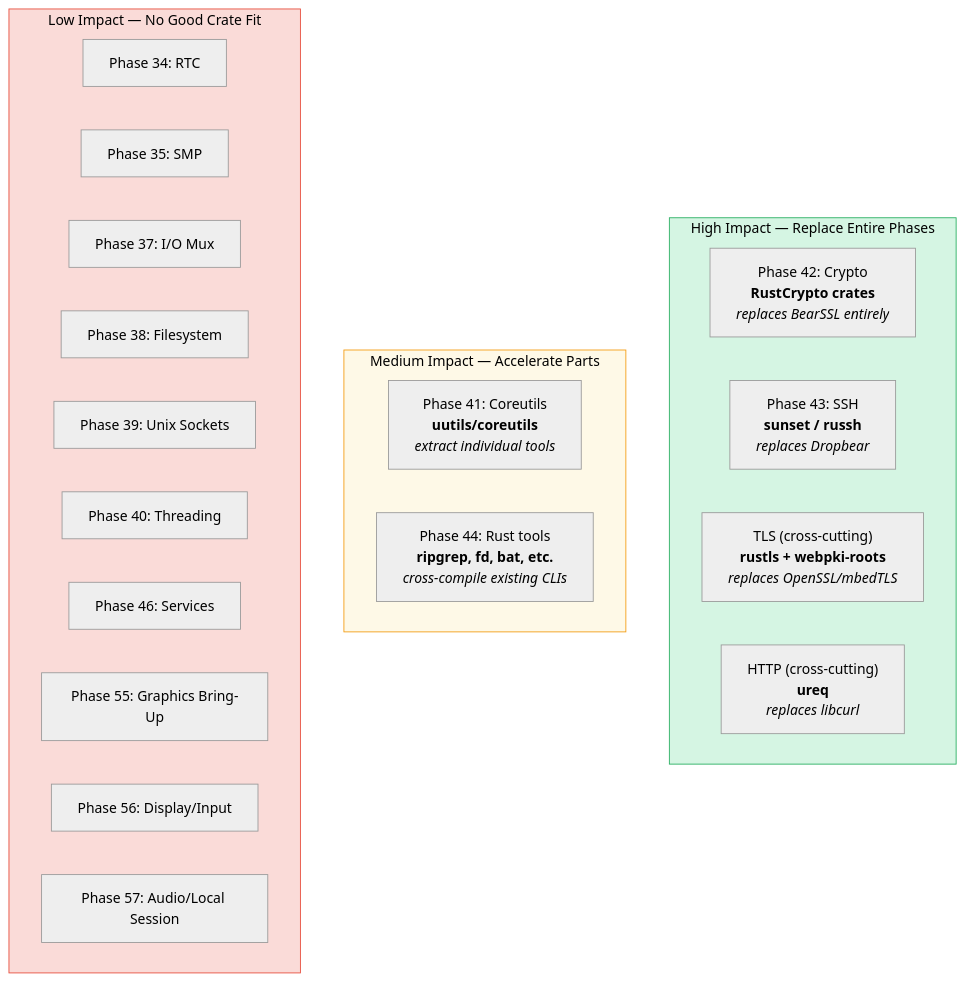
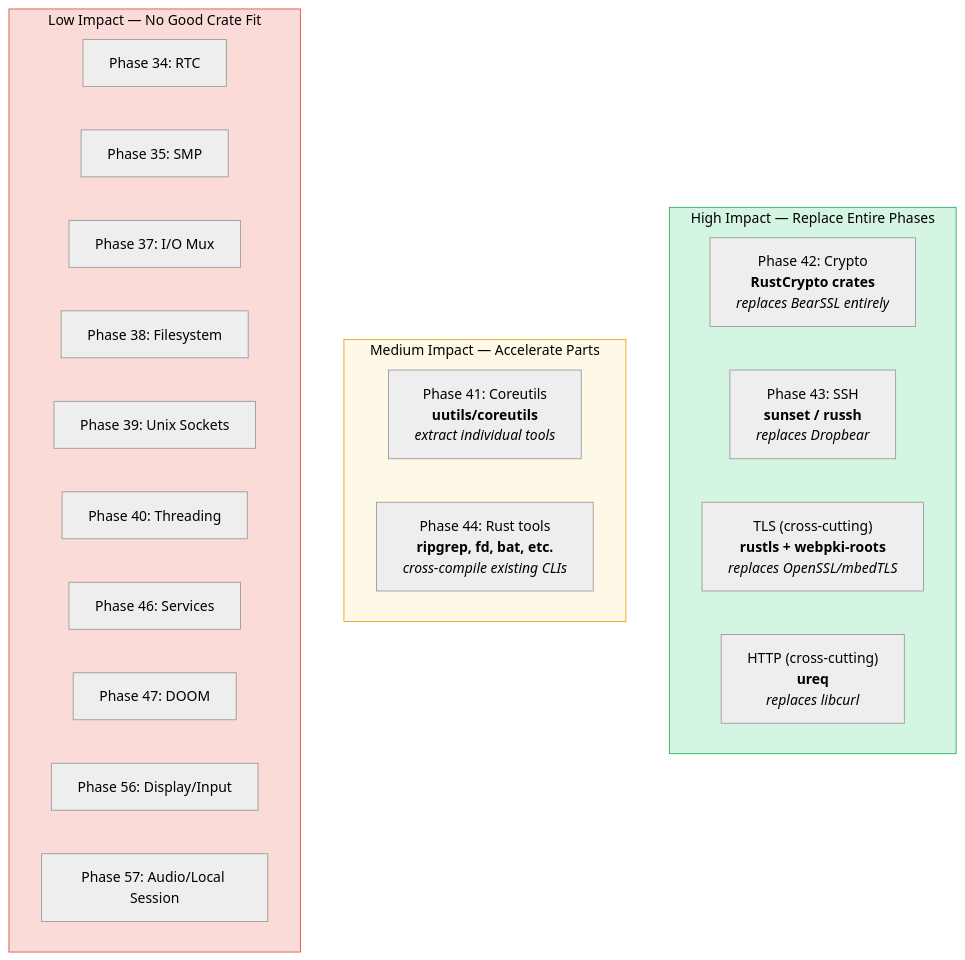
Before and after one commit to mikecubed/m3OS: the first of 5 diagrams in docs/rust-crate-acceleration.md, drawn with Mermaid (neutral theme). The commit also changed other lines of this file and 25 other files, not shown here.

First line of the commit message:
docs: preserve doom as phase 47

````diff
--- a/docs/rust-crate-acceleration.md
+++ b/docs/rust-crate-acceleration.md
@@ -11,31 +11,31 @@
 ```mermaid
 flowchart TD
     subgraph HIGH ["High Impact — Replace Entire Phases"]
         CRYPTO["Phase 42: Crypto<br/><b>RustCrypto crates</b><br/><i>replaces BearSSL entirely</i>"]
         SSH["Phase 43: SSH<br/><b>sunset / russh</b><br/><i>replaces Dropbear</i>"]
         TLS["TLS (cross-cutting)<br/><b>rustls + webpki-roots</b><br/><i>replaces OpenSSL/mbedTLS</i>"]
         HTTP["HTTP (cross-cutting)<br/><b>ureq</b><br/><i>replaces libcurl</i>"]
     end
 
     subgraph MEDIUM ["Medium Impact — Accelerate Parts"]
         COREUTILS["Phase 41: Coreutils<br/><b>uutils/coreutils</b><br/><i>extract individual tools</i>"]
         UTILS["Phase 44: Rust tools<br/><b>ripgrep, fd, bat, etc.</b><br/><i>cross-compile existing CLIs</i>"]
     end
 
     subgraph LOW ["Low Impact — No Good Crate Fit"]
         RTC["Phase 34: RTC"]
         SMP["Phase 35: SMP"]
         IO["Phase 37: I/O Mux"]
         FS["Phase 38: Filesystem"]
         UNIX["Phase 39: Unix Sockets"]
         THREAD["Phase 40: Threading"]
         SVC["Phase 46: Services"]
-        GFX["Phase 55: Graphics Bring-Up"]
+        DOOM["Phase 47: DOOM"]
         DISP["Phase 56: Display/Input"]
         AUDIO["Phase 57: Audio/Local Session"]
     end
 
     style HIGH fill:#d5f5e3,stroke:#27ae60,color:#000
     style MEDIUM fill:#fef9e7,stroke:#f39c12,color:#000
     style LOW fill:#fadbd8,stroke:#e74c3c,color:#000
 ```
````
